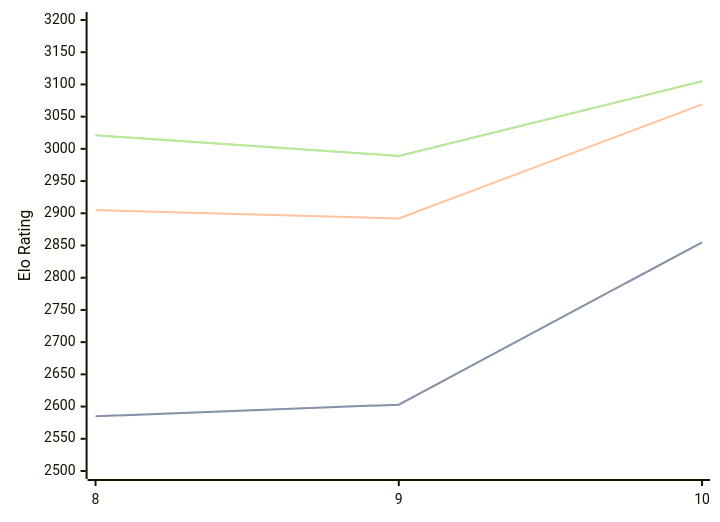
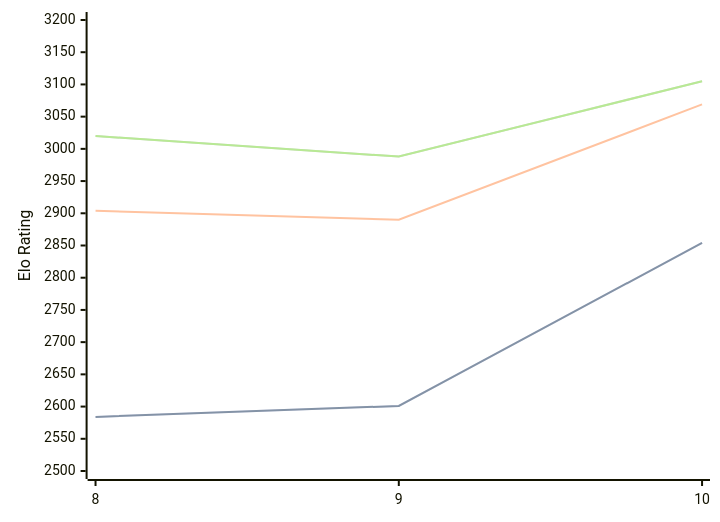
The diagram in engines/Lozza.md (computer-chess-index/cci), drawn with Mermaid before and after one commit. The commit also changed other lines of this file, not shown here.

Commit message:
Update CCI Ratings (ELO VLTC) - 2026-06-07

````diff
--- a/engines/Lozza.md
+++ b/engines/Lozza.md
@@ -41,11 +41,11 @@
 ```mermaid
 %%{init: {"theme":"base","themeVariables":{"seriesColors:['#a3a3a3','#222221','#faa371']}}}%%
 xychart-beta
   x-axis ["8", "9", "10"]
   y-axis "Elo Rating" 2500 --> 3200
-  line "STC (8.0+0.08s)" [2585, 2603, 2855]
-  line "STC (8.0+0.08s)" [2585, 2603, 2855]
-  line "LTC (60.0+0.60s)" [2905, 2892, 3069]
-  line "VLTC (2m24s+1.12s)" [3021, 2989, 3105]
-  line "VLTC (2m24s+1.12s)" [3021, 2989, 3105]
+  line "STC (8.0+0.08s)" [2584, 2601, 2854]
+  line "STC (8.0+0.08s)" [2584, 2601, 2854]
+  line "LTC (60.0+0.60s)" [2904, 2890, 3069]
+  line "VLTC (2m24s+1.12s)" [3020, 2988, 3105]
+  line "VLTC (2m24s+1.12s)" [3020, 2988, 3105]
 ```
````
